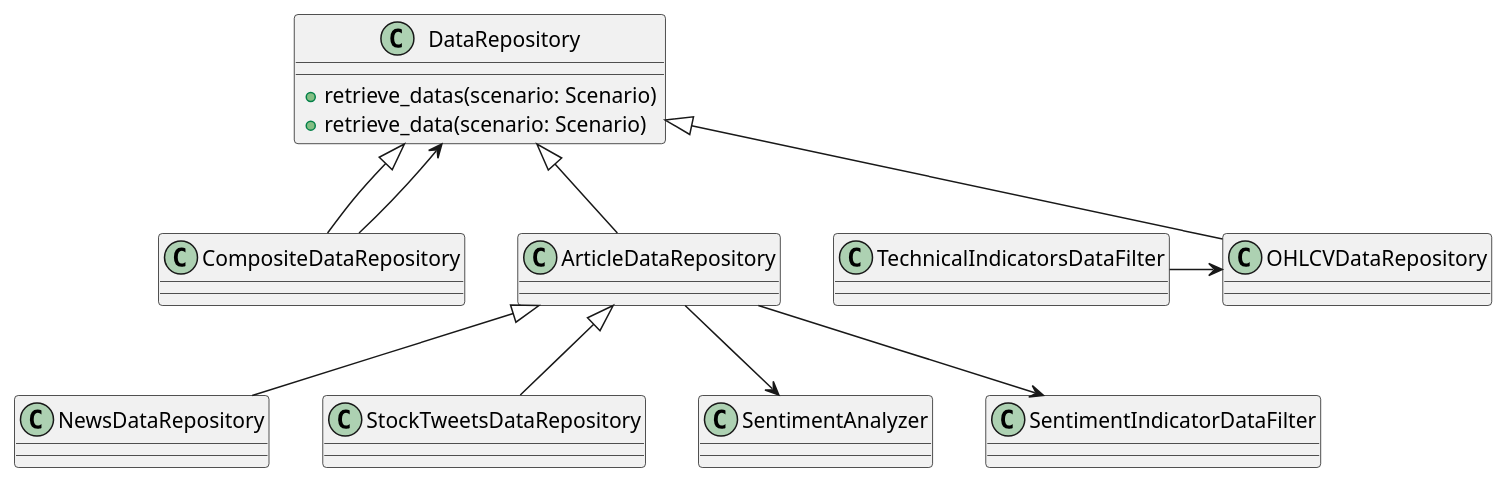
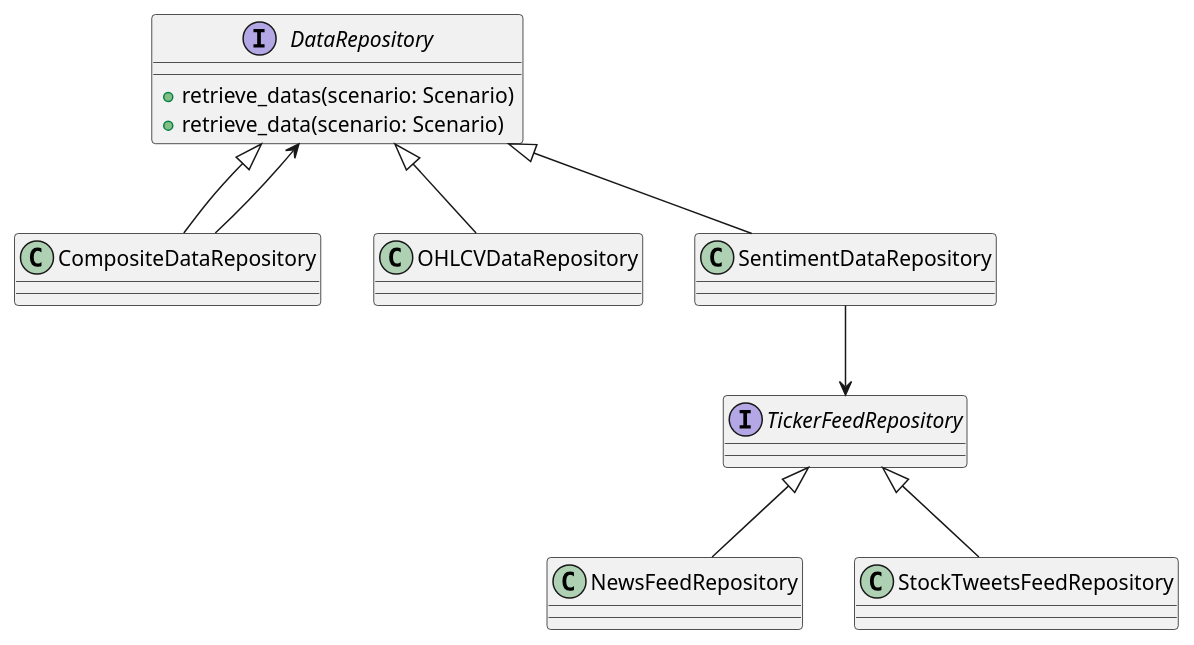
Before and after one commit to lomagno2003/deep-reinforcement-learning-trader: the diagram in docs/data-provider-class.puml, drawn with PlantUML. The commit also changed 8 other files, not shown here.

Commit message:
feat: Implement NewsFeedRepository. feat: Implement SentimentDataRepository

```diff
--- a/docs/data-provider-class.puml
+++ b/docs/data-provider-class.puml
@@ -1,32 +1,28 @@
 @startuml
 'https://plantuml.com/class-diagram
 
-class DataRepository {
+interface DataRepository {
 +retrieve_datas(scenario: Scenario)
 +retrieve_data(scenario: Scenario)
 }
 
 class CompositeDataRepository
 
 class OHLCVDataRepository
-class TechnicalIndicatorsDataFilter
 
-class ArticleDataRepository
-class NewsDataRepository
-class StockTweetsDataRepository
-class SentimentAnalyzer
-class SentimentIndicatorDataFilter
+interface TickerFeedRepository
+class NewsFeedRepository
+class StockTweetsFeedRepository
+class SentimentDataRepository
 
 CompositeDataRepository -up-|> DataRepository
 OHLCVDataRepository -up-|> DataRepository
-ArticleDataRepository -up-|> DataRepository
+SentimentDataRepository -up-|> DataRepository
 
 CompositeDataRepository -up-> DataRepository
 
-TechnicalIndicatorsDataFilter -right-> OHLCVDataRepository
+TickerFeedRepository <|-- NewsFeedRepository
+TickerFeedRepository <|-- StockTweetsFeedRepository
+SentimentDataRepository --> TickerFeedRepository
 
-ArticleDataRepository <|-- NewsDataRepository
-ArticleDataRepository <|-- StockTweetsDataRepository
-ArticleDataRepository --> SentimentAnalyzer
-ArticleDataRepository --> SentimentIndicatorDataFilter
 @enduml
```
